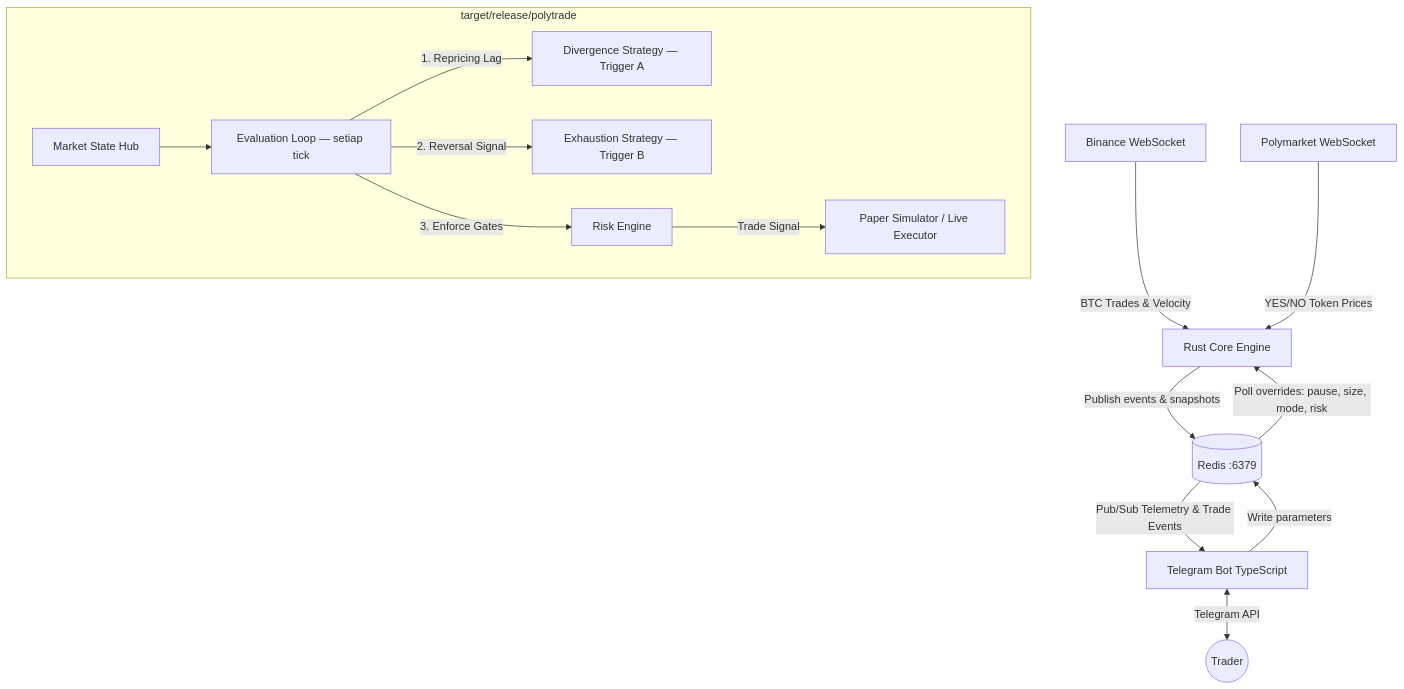
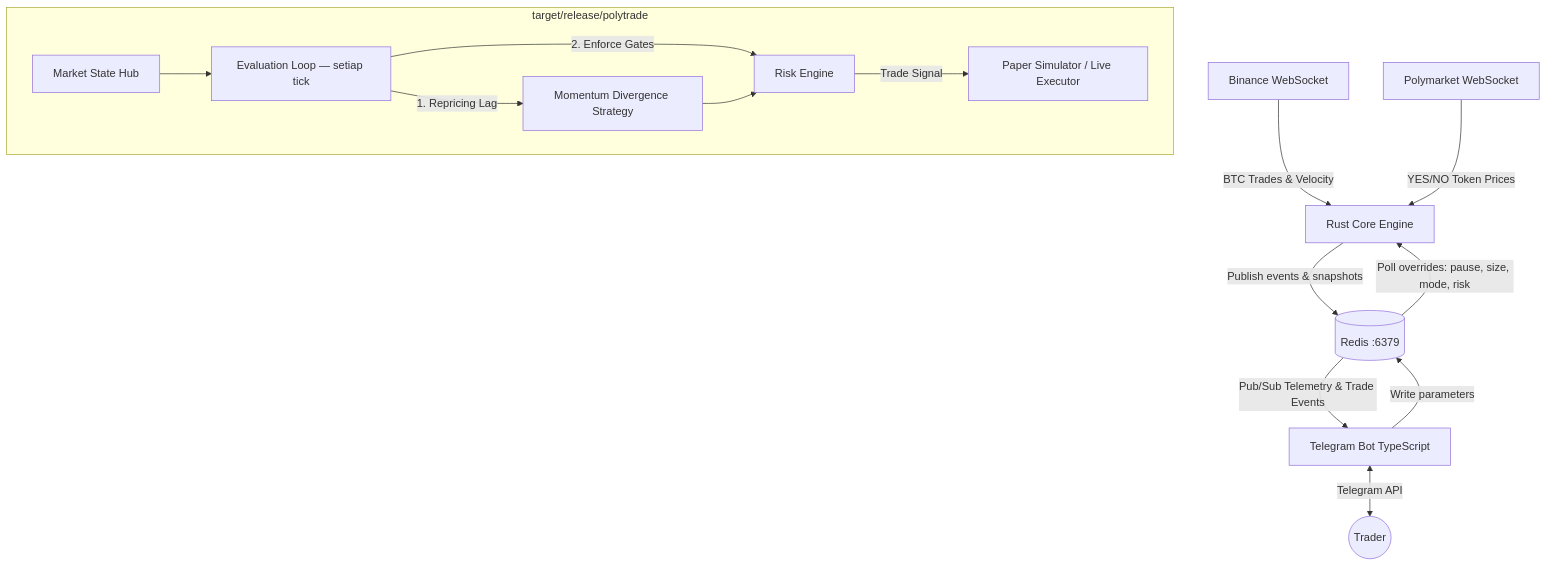
Before and after one commit to aziz09iz/P0lymarket-BTC5M: the diagram in README.md, drawn with Mermaid. The commit also changed other lines of this file, not shown here.

Commit message:
docs: update README.md to reflect focus on MomentumDivergence strategy and filters

````diff
--- a/README.md
+++ b/README.md
@@ -30,20 +30,20 @@
 ```mermaid
 graph TD
     Binance[Binance WebSocket] -->|BTC Trades & Velocity| RustCore[Rust Core Engine]
     Polymarket[Polymarket WebSocket] -->|YES/NO Token Prices| RustCore
 
     subgraph RustEngine [target/release/polytrade]
         State[Market State Hub] --> EvalLoop[Evaluation Loop — setiap tick]
-        EvalLoop -->|1. Repricing Lag| DivergenceStrat[Divergence Strategy — Trigger A]
-        EvalLoop -->|2. Reversal Signal| ExhaustionStrat[Exhaustion Strategy — Trigger B]
-        EvalLoop -->|3. Enforce Gates| RiskEngine[Risk Engine]
+        EvalLoop -->|1. Repricing Lag| MomentumDivergenceStrat[Momentum Divergence Strategy]
+        EvalLoop -->|2. Enforce Gates| RiskEngine[Risk Engine]
+        MomentumDivergenceStrat --> RiskEngine
         RiskEngine -->|Trade Signal| Simulator[Paper Simulator / Live Executor]
     end
 
     RustCore -->|Publish events & snapshots| Redis[(Redis :6379)]
     Redis -->|Poll overrides: pause, size, mode, risk| RustCore
 
     Redis -->|Pub/Sub Telemetry & Trade Events| TSBot[Telegram Bot TypeScript]
     TSBot -->|Write parameters| Redis
     TSBot <-->|Telegram API| User((Trader))
 ```
````
